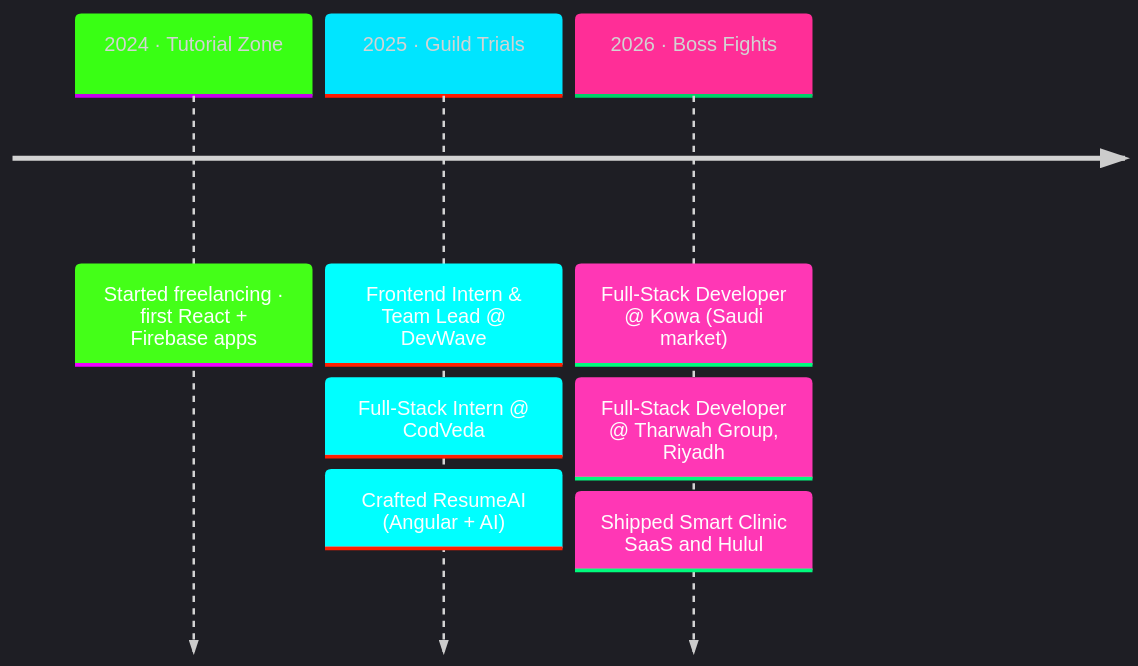
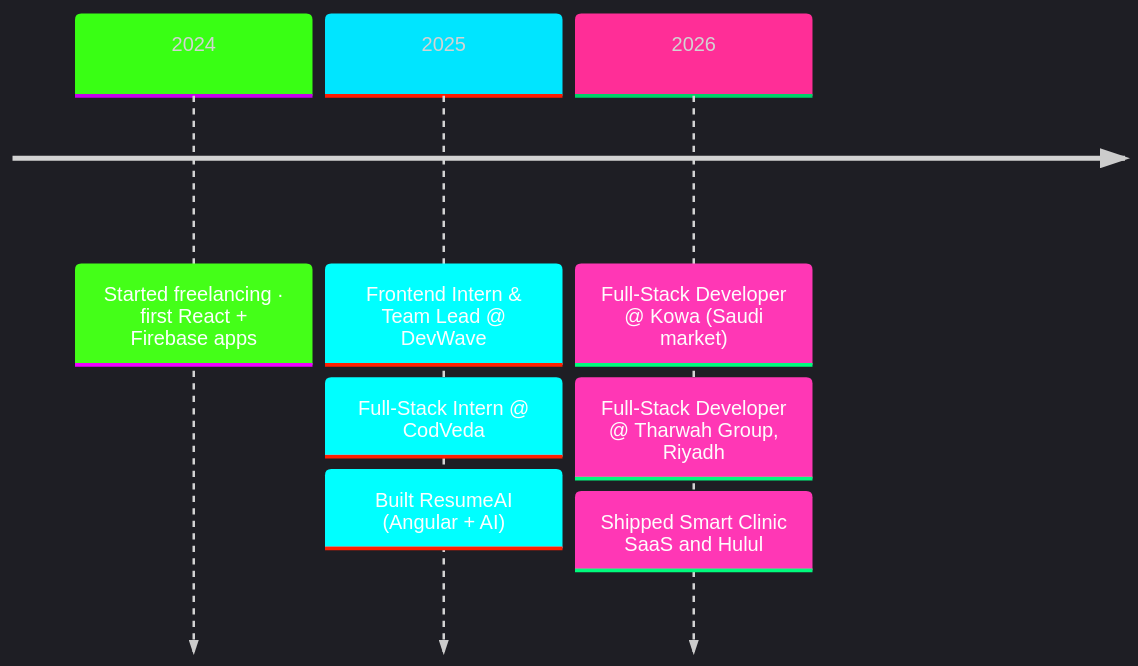
One commit to Medo6143/Medo6143 changed the diagram in README.md. Above: the diagram before and after it, drawn with Mermaid. The commit also changed other lines of this file and 8 other files, not shown here.

````diff
--- a/README.md
+++ b/README.md
@@ -111,11 +102,11 @@
 ```mermaid
-%%{init: {'theme':'dark','themeVariables':{'primaryColor':'#0a0e1a','primaryTextColor':'#e2e8f0','lineColor':'#00e5ff','cScale0':'#39ff14','cScale1':'#00e5ff','cScale2':'#ff2e97'}}}%%
+%%{init: {'theme':'dark','themeVariables':{'primaryColor':'#070b16','primaryTextColor':'#e2e8f0','lineColor':'#00e5ff','cScale0':'#39ff14','cScale1':'#00e5ff','cScale2':'#ff2e97'}}}%%
 timeline
-    2024 · Tutorial Zone : Started freelancing · first React + Firebase apps
-    2025 · Guild Trials : Frontend Intern & Team Lead @ DevWave
-                        : Full-Stack Intern @ CodVeda
-                        : Crafted ResumeAI (Angular + AI)
-    2026 · Boss Fights : Full-Stack Developer @ Kowa (Saudi market)
-                       : Full-Stack Developer @ Tharwah Group, Riyadh
-                       : Shipped Smart Clinic SaaS and Hulul
+    2024 : Started freelancing · first React + Firebase apps
+    2025 : Frontend Intern & Team Lead @ DevWave
+         : Full-Stack Intern @ CodVeda
+         : Built ResumeAI (Angular + AI)
+    2026 : Full-Stack Developer @ Kowa (Saudi market)
+         : Full-Stack Developer @ Tharwah Group, Riyadh
+         : Shipped Smart Clinic SaaS and Hulul
 ```
````
